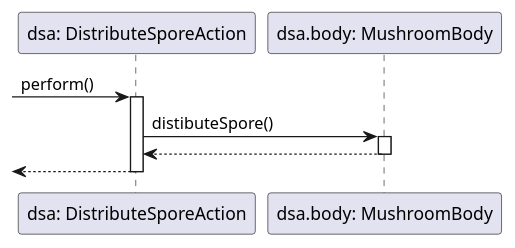
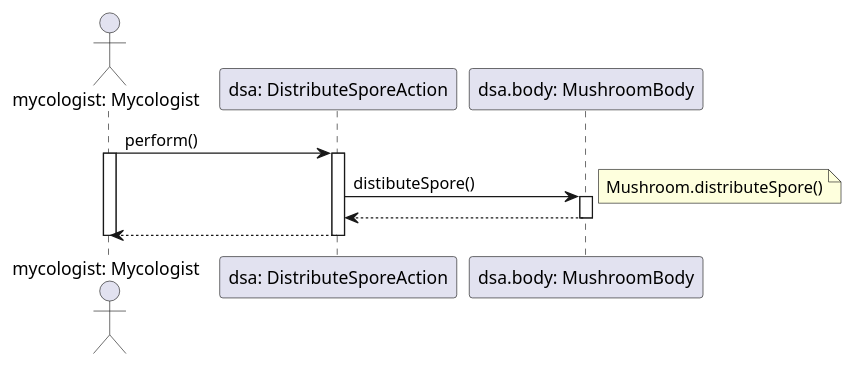
One commit to dzsem/projlab changed the diagram in diagrams/sequence/action/distributeSporeAction.wsd. Above: the diagram before and after it, drawn with PlantUML.

Commit message:
Fixed action/distributeSporeAction

```diff
--- a/diagrams/sequence/action/distributeSporeAction.wsd
+++ b/diagrams/sequence/action/distributeSporeAction.wsd
@@ -1,15 +1,23 @@
 @startuml Distribute Spore Action
+actor "mycologist: Mycologist" as mycologist 
 participant "dsa: DistributeSporeAction" as dsa
 participant "dsa.body: MushroomBody" as mb
 
--> dsa: perform()
+mycologist -> dsa: perform()
+activate mycologist
 activate dsa
+
 dsa -> mb: distibuteSpore()
 activate mb
+
+note right: Mushroom.distributeSpore()
+
 mb --> dsa 
 deactivate mb
-<-- dsa
+
+mycologist <-- dsa
 deactivate dsa
+deactivate mycologist
 
 
 @enduml
```
